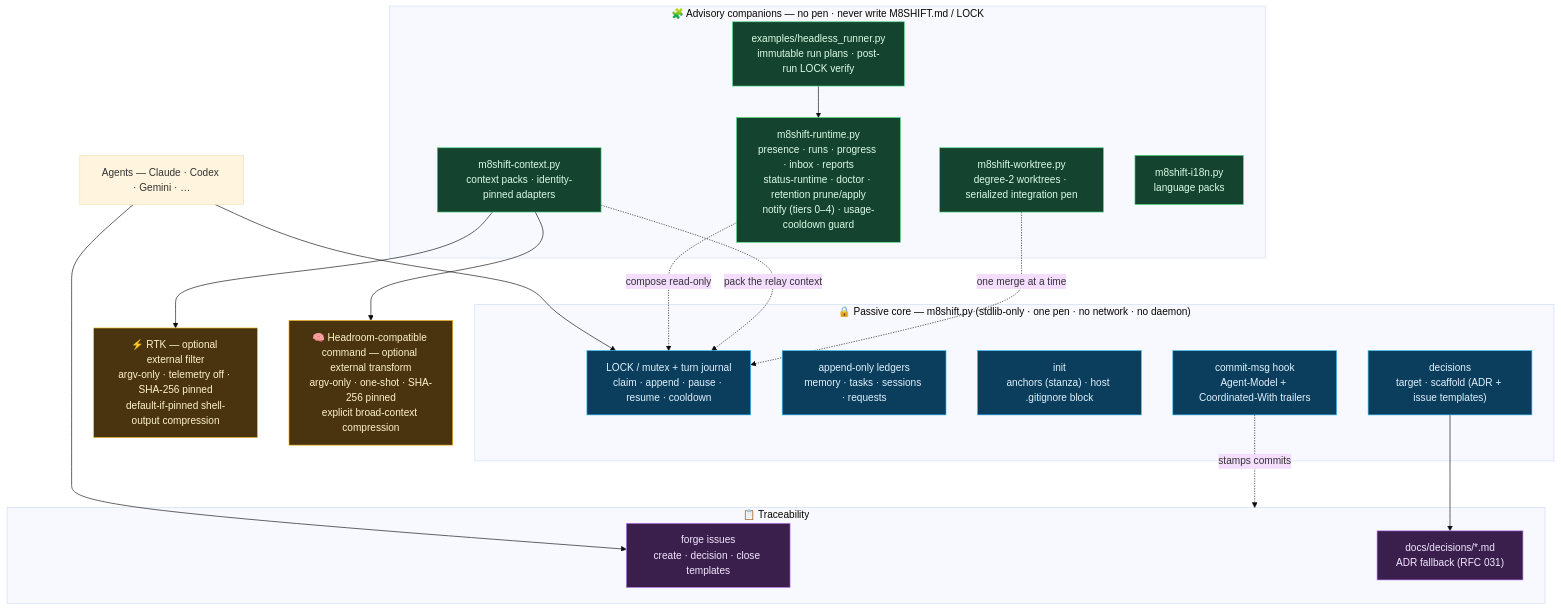
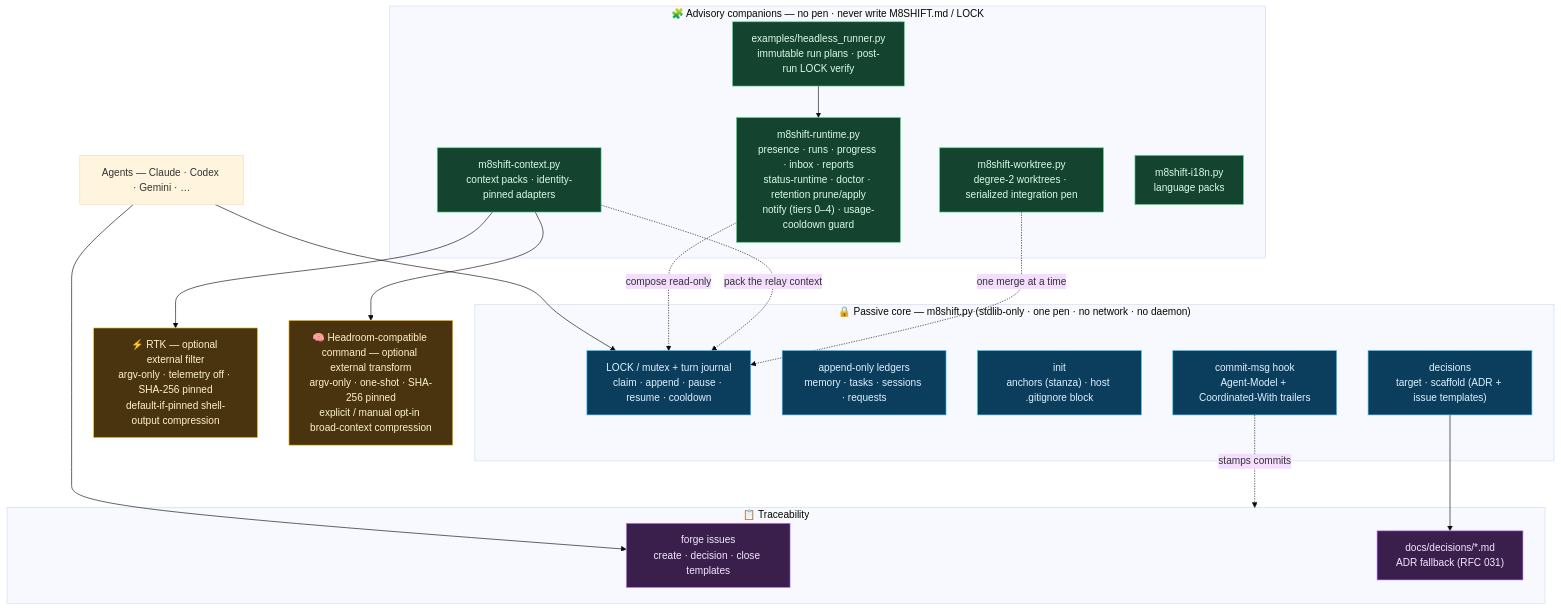
Before and after one commit to M8Shift/M8Shift: the fifth of 6 diagrams in docs/en/architecture.md, drawn with Mermaid (base theme). The commit also changed other lines of this file and 9 other files, not shown here.

First line of the commit message:
fix(context): preserve manual headroom opt-in

````diff
--- a/docs/en/architecture.md
+++ b/docs/en/architecture.md
@@ -172,48 +172,48 @@
 ```mermaid
 flowchart TB
     classDef core fill:#0b3d5c,stroke:#38bdf8,color:#e0f2fe;
     classDef companion fill:#14432f,stroke:#4ade80,color:#dcfce7;
     classDef external fill:#4a3410,stroke:#fbbf24,color:#fef3c7;
     classDef forge fill:#3a1f4d,stroke:#c084fc,color:#f3e8ff;
 
     AG["Agents — Claude · Codex · Gemini · …"]
 
     subgraph CORE["🔒 Passive core — m8shift.py (stdlib-only · one pen · no network · no daemon)"]
         LOCK["LOCK / mutex + turn journal<br/>claim · append · pause · resume · cooldown"]
         LEDG["append-only ledgers<br/>memory · tasks · sessions · requests"]
         INIT["init<br/>anchors (stanza) · host .gitignore block"]
         DEC["decisions<br/>target · scaffold (ADR + issue templates)"]
         HOOK["commit-msg hook<br/>Agent-Model + Coordinated-With trailers"]
     end
     class LOCK,LEDG,INIT,DEC,HOOK core
 
     subgraph COMP["🧩 Advisory companions — no pen · never write M8SHIFT.md / LOCK"]
         RT["m8shift-runtime.py<br/>presence · runs · progress · inbox · reports<br/>status-runtime · doctor · retention prune/apply<br/>notify (tiers 0–4) · usage-cooldown guard"]
         CX["m8shift-context.py<br/>context packs · identity-pinned adapters"]
         WT["m8shift-worktree.py<br/>degree-2 worktrees · serialized integration pen"]
         I18["m8shift-i18n.py<br/>language packs"]
         HR["examples/headless_runner.py<br/>immutable run plans · post-run LOCK verify"]
     end
     class RT,CX,WT,I18,HR companion
 
     RTK["⚡ RTK — optional external filter<br/>argv-only · telemetry off · SHA-256 pinned<br/>default-if-pinned shell-output compression"]
-    HD["🧠 Headroom-compatible command — optional external transform<br/>argv-only · one-shot · SHA-256 pinned<br/>explicit broad-context compression"]
+    HD["🧠 Headroom-compatible command — optional external transform<br/>argv-only · one-shot · SHA-256 pinned<br/>explicit / manual opt-in broad-context compression"]
     class RTK,HD external
 
     subgraph TRACE["📋 Traceability"]
         ISS["forge issues<br/>create · decision · close templates"]
         ADR["docs/decisions/*.md<br/>ADR fallback (RFC 031)"]
     end
     class ISS,ADR forge
 
     AG --> LOCK
     AG --> ISS
     RT -. "compose read-only" .-> LOCK
     CX -. "pack the relay context" .-> LOCK
     CX --> RTK
     CX --> HD
     WT -. "one merge at a time" .-> LOCK
     HR --> RT
     DEC --> ADR
     HOOK -. "stamps commits" .-> TRACE
 ```
````
